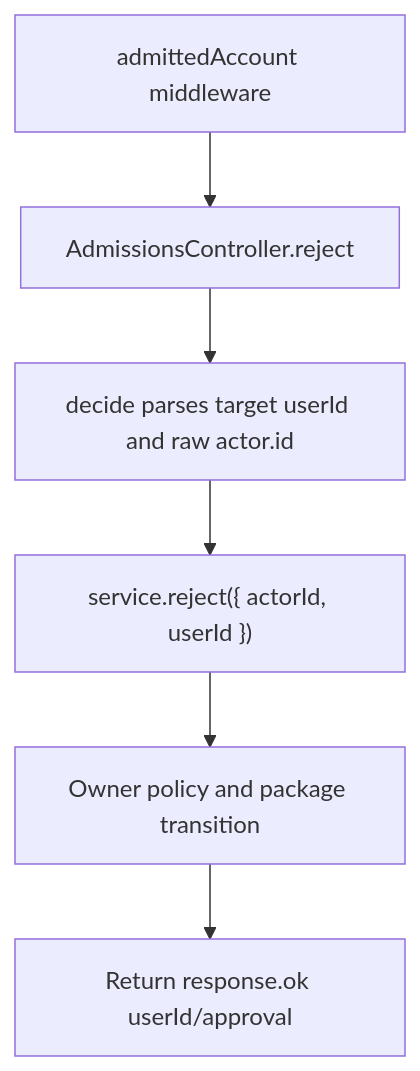
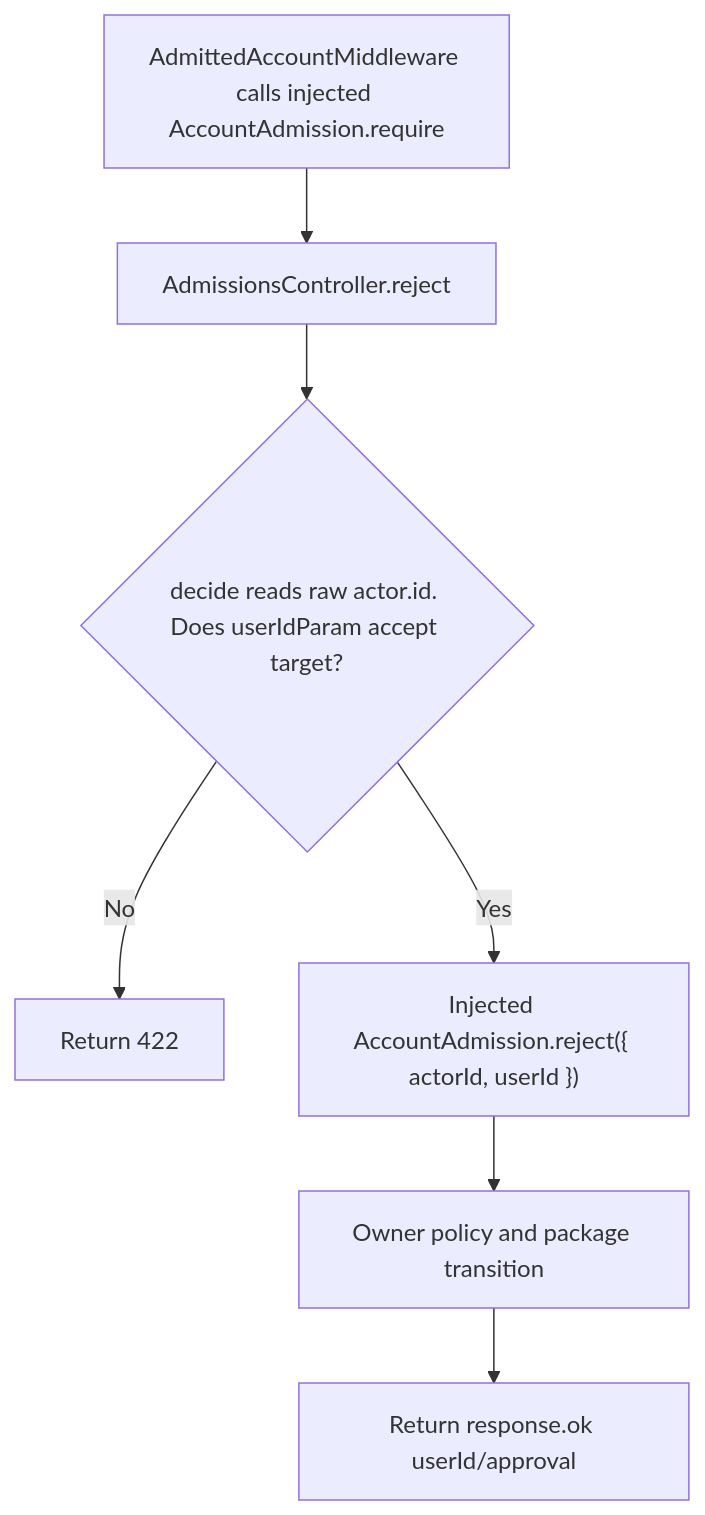
The second of 2 diagrams in user-stories/api/us-api-18-reject-admission.md (Kevinjohn/oss-adonisjs-starter-examples), drawn with Mermaid before and after one commit. The commit also changed other lines of this file and 16 other files, not shown here.

Commit message:
Inject the API starter admission service

````diff
--- a/user-stories/api/us-api-18-reject-admission.md
+++ b/user-stories/api/us-api-18-reject-admission.md
@@ -33,8 +33,9 @@
 ```mermaid
 flowchart TD
-    A["admittedAccount middleware"] --> B["AdmissionsController.reject"]
-    B --> C["decide parses target userId and raw actor.id"]
-    C --> D["service.reject({ actorId, userId })"]
+    A["AdmittedAccountMiddleware calls injected AccountAdmission.require"] --> B["AdmissionsController.reject"]
+    B --> C{"decide reads raw actor.id. Does userIdParam accept target?"}
+    C -->|No| I["Return 422"]
+    C -->|Yes| D["Injected AccountAdmission.reject({ actorId, userId })"]
     D --> E["Owner policy and package transition"]
     E --> F["Return response.ok userId/approval"]
 ```
````
